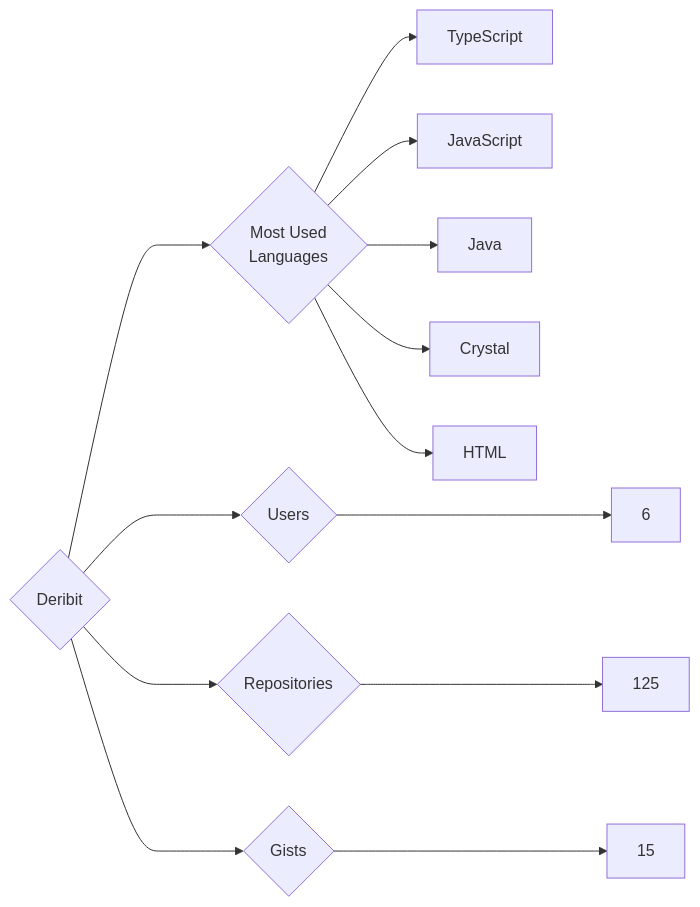
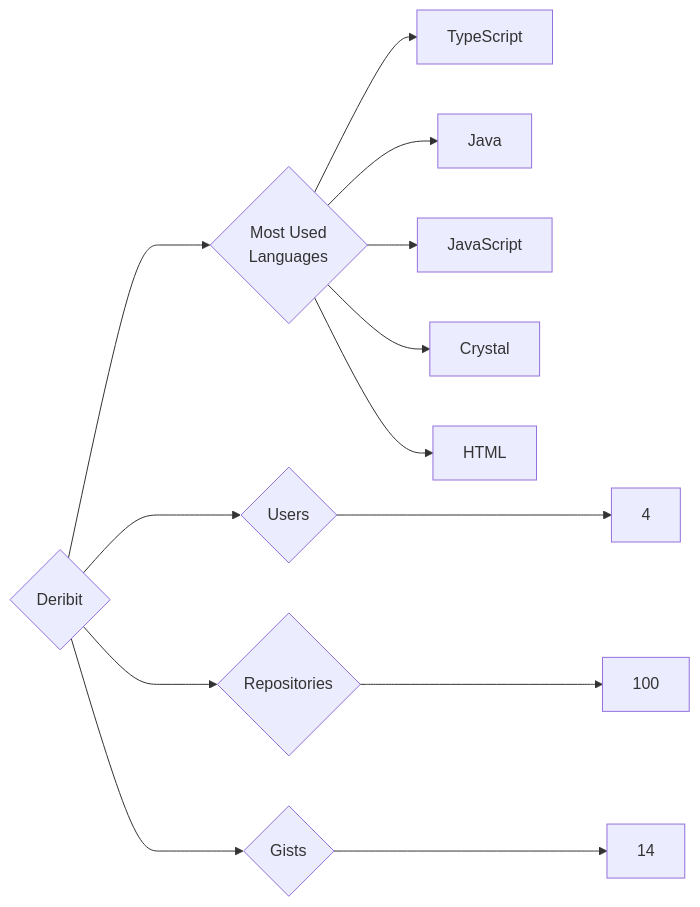
Before and after one commit to trickest/insiders: the diagram in targets/Deribit/README.md, drawn with Mermaid. The commit also changed 553 other files, not shown here.

````diff
--- a/targets/Deribit/README.md
+++ b/targets/Deribit/README.md
@@ -3,13 +3,13 @@
 ```mermaid
 graph LR
 COMPANY_NAME{Deribit}
-COMPANY_NAME ---> U{Users} ---> UN[6]
-COMPANY_NAME ---> R{Repositories} ---> RN[125]
-COMPANY_NAME ---> G{Gists} ---> GN[15]
+COMPANY_NAME ---> U{Users} ---> UN[4]
+COMPANY_NAME ---> R{Repositories} ---> RN[100]
+COMPANY_NAME ---> G{Gists} ---> GN[14]
 COMPANY_NAME ---> ML{Most Used<br>Languages}
 ML --> TypeScript[TypeScript]
+ML --> Java[Java]
 ML --> JavaScript[JavaScript]
-ML --> Java[Java]
 ML --> Crystal[Crystal]
 ML --> HTML[HTML]
 ```
````
